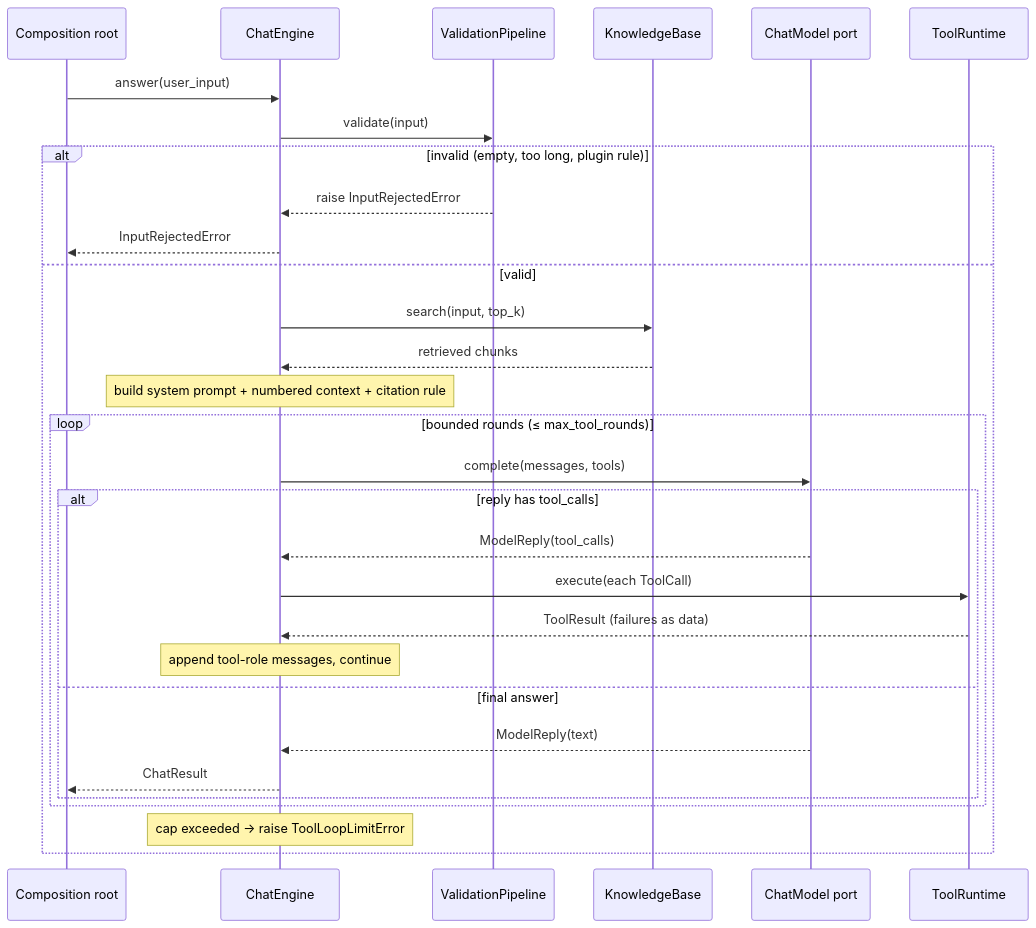
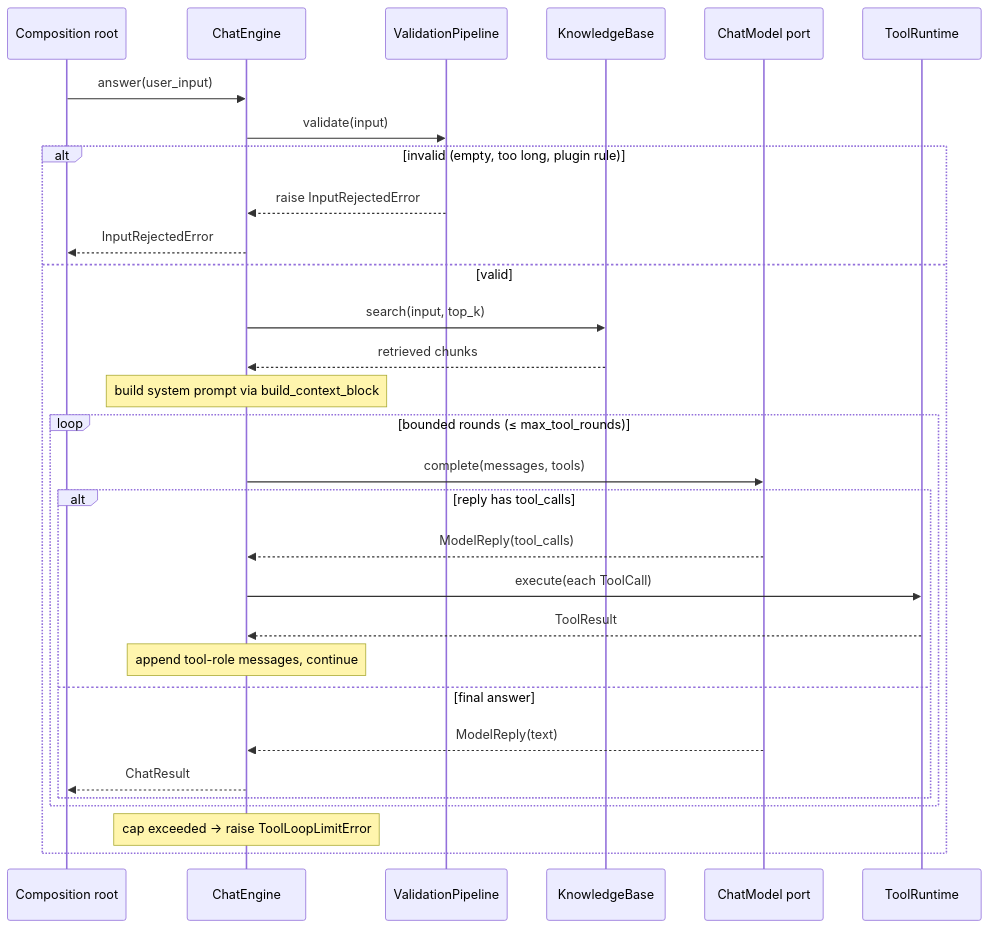
One commit to aschog/cora changed the third of 3 diagrams in docs/plans/chat-engine.md. Above: the diagram before and after it, drawn with Mermaid. The commit also changed other lines of this file, not shown here.

Commit message:
docs: decouple engine via client-owned ports, injectable prompt policy

````diff
--- a/docs/plans/chat-engine.md
+++ b/docs/plans/chat-engine.md
@@ -168,33 +189,33 @@
 ```mermaid
 sequenceDiagram
   participant Caller as Composition root
   participant ORCH as ChatEngine
   participant VAL as ValidationPipeline
   participant KB as KnowledgeBase
   participant LLM as ChatModel port
   participant TOOL as ToolRuntime
 
   Caller->>ORCH: answer(user_input)
   ORCH->>VAL: validate(input)
   alt invalid (empty, too long, plugin rule)
     VAL-->>ORCH: raise InputRejectedError
     ORCH-->>Caller: InputRejectedError
   else valid
     ORCH->>KB: search(input, top_k)
     KB-->>ORCH: retrieved chunks
-    Note over ORCH: build system prompt + numbered context + citation rule
+    Note over ORCH: build system prompt via build_context_block
     loop bounded rounds (≤ max_tool_rounds)
       ORCH->>LLM: complete(messages, tools)
       alt reply has tool_calls
         LLM-->>ORCH: ModelReply(tool_calls)
         ORCH->>TOOL: execute(each ToolCall)
-        TOOL-->>ORCH: ToolResult (failures as data)
+        TOOL-->>ORCH: ToolResult
         Note over ORCH: append tool-role messages, continue
       else final answer
         LLM-->>ORCH: ModelReply(text)
         ORCH-->>Caller: ChatResult
       end
     end
     Note over ORCH: cap exceeded -> raise ToolLoopLimitError
   end
 ```
````
